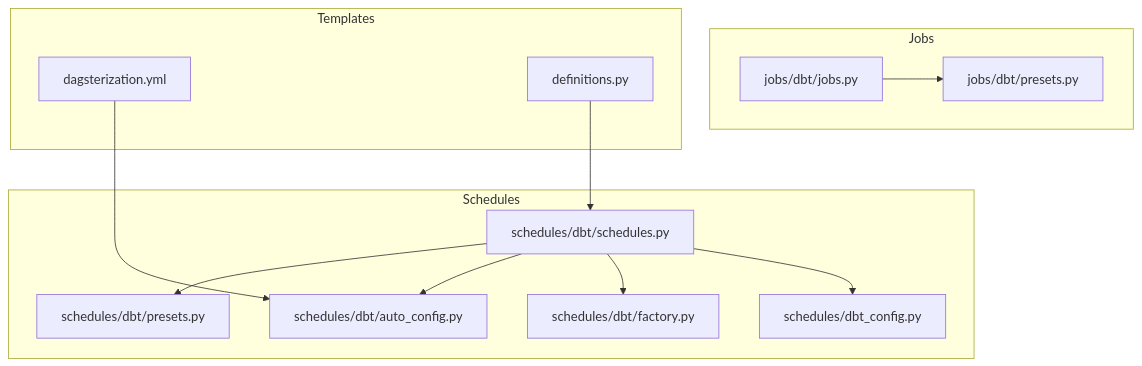
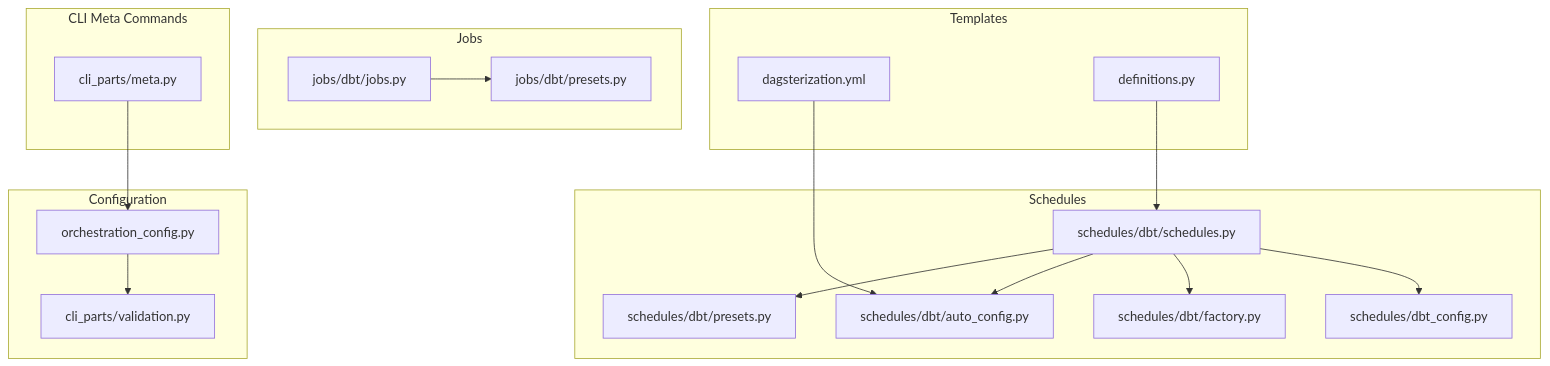
One commit to metasync/dbt-dagsterizer changed the first of 3 diagrams in .qoder/repowiki/en/content/Schedule Management/Schedule Management.md. Above: the diagram before and after it, drawn with Mermaid. The commit also changed other lines of this file and 3 other files, not shown here.

````diff
--- a/.qoder/repowiki/en/content/Schedule Management/Schedule Management.md
+++ b/.qoder/repowiki/en/content/Schedule Management/Schedule Management.md
@@ -35,25 +50,34 @@
 ```mermaid
 graph TB
 subgraph "Schedules"
 S_DBT["schedules/dbt/schedules.py"]
 S_PRESET["schedules/dbt/presets.py"]
 S_AUTO["schedules/dbt/auto_config.py"]
 S_FACTORY["schedules/dbt/factory.py"]
 S_CFG["schedules/dbt_config.py"]
 end
 subgraph "Jobs"
 J_DBT["jobs/dbt/jobs.py"]
 J_PRESET["jobs/dbt/presets.py"]
 end
+subgraph "CLI Meta Commands"
+META_CMD["cli_parts/meta.py"]
+end
+subgraph "Configuration"
+ORCH_CFG["orchestration_config.py"]
+VALIDATION["cli_parts/validation.py"]
+end
 subgraph "Templates"
 T_DAG["dagsterization.yml"]
 T_DEF["definitions.py"]
 end
 S_DBT --> S_PRESET
 S_DBT --> S_AUTO
 S_DBT --> S_FACTORY
 S_DBT --> S_CFG
 J_DBT --> J_PRESET
+META_CMD --> ORCH_CFG
+ORCH_CFG --> VALIDATION
 T_DEF --> S_DBT
 T_DAG --> S_AUTO
 ```
````
